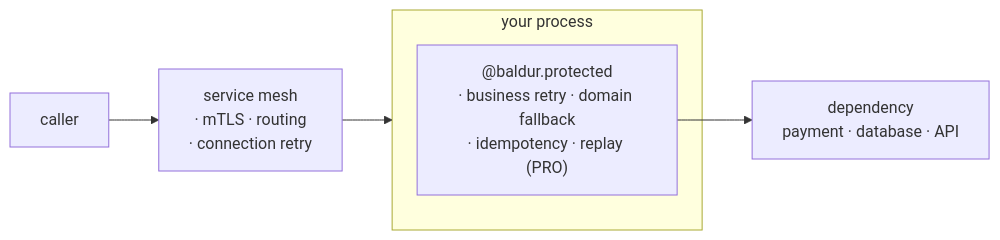
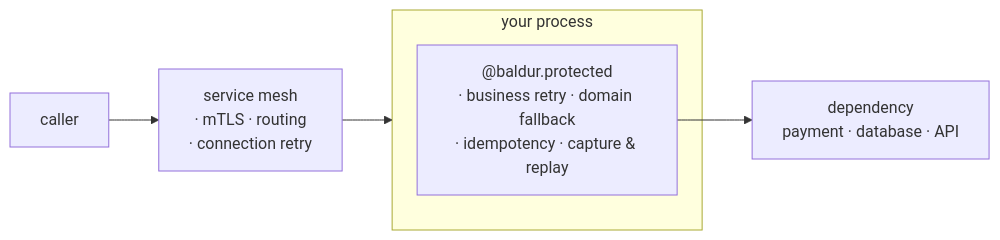
One commit to baldurhq/baldur changed the diagram in docs/concepts/foundations/service-mesh.md. Above: the diagram before and after it, drawn with Mermaid. The commit also changed other lines of this file and 15 other files, not shown here.

````diff
--- a/docs/concepts/foundations/service-mesh.md
+++ b/docs/concepts/foundations/service-mesh.md
@@ -48,9 +48,9 @@
 ```mermaid
 flowchart LR
     C["caller"] --> M["service mesh<br/>· mTLS · routing<br/>· connection retry"]
     M --> P
     subgraph P["your process"]
-        B["@baldur.protected<br/>· business retry · domain fallback<br/>· idempotency · replay (PRO)"]
+        B["@baldur.protected<br/>· business retry · domain fallback<br/>· idempotency · capture & replay"]
     end
     B --> D["dependency<br/>payment · database · API"]
 ```
````
